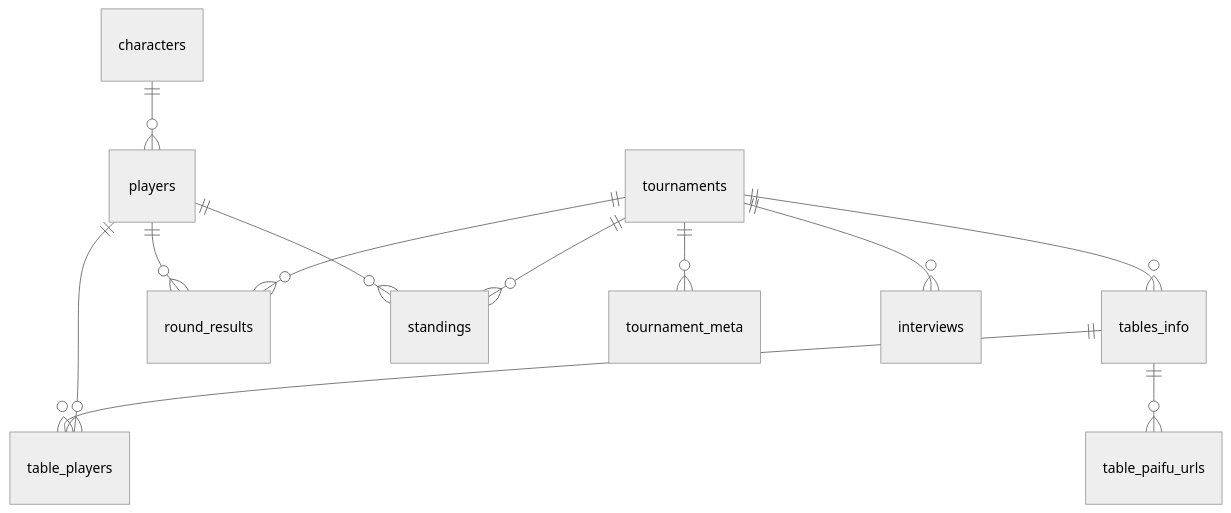
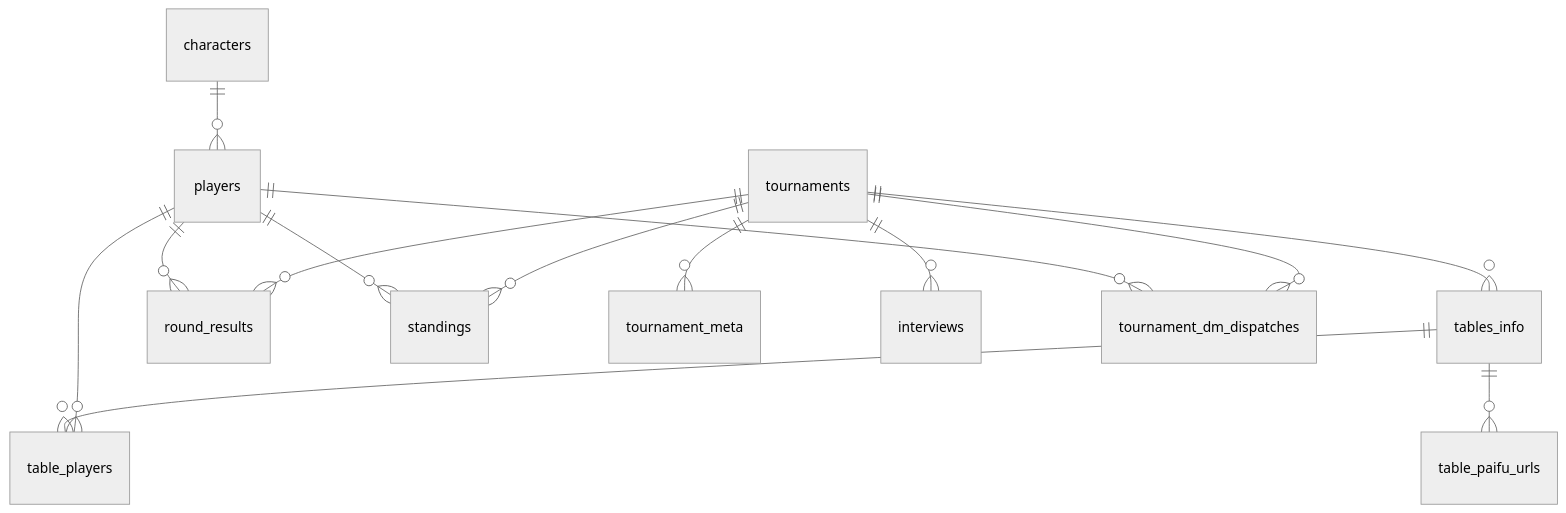
The diagram in docs/database.md (aokyun1031/jantama_records_dev), drawn with Mermaid (neutral theme) before and after one commit. The commit also changed other lines of this file and 4 other files, not shown here.

````diff
--- a/docs/database.md
+++ b/docs/database.md
@@ -25,14 +25,16 @@
 ```mermaid
 erDiagram
-    tournaments ||--o{ tables_info      : ""
-    tournaments ||--o{ round_results    : ""
-    tournaments ||--o{ standings        : ""
-    tournaments ||--o{ tournament_meta  : ""
-    tournaments ||--o{ interviews       : ""
-    players     ||--o{ round_results    : ""
-    players     ||--o{ standings        : ""
-    players     ||--o{ table_players    : ""
-    tables_info ||--o{ table_players    : ""
-    tables_info ||--o{ table_paifu_urls : ""
-    characters  ||--o{ players          : ""
+    tournaments ||--o{ tables_info               : ""
+    tournaments ||--o{ round_results             : ""
+    tournaments ||--o{ standings                 : ""
+    tournaments ||--o{ tournament_meta           : ""
+    tournaments ||--o{ interviews                : ""
+    tournaments ||--o{ tournament_dm_dispatches  : ""
+    players     ||--o{ round_results             : ""
+    players     ||--o{ standings                 : ""
+    players     ||--o{ table_players             : ""
+    players     ||--o{ tournament_dm_dispatches  : ""
+    tables_info ||--o{ table_players             : ""
+    tables_info ||--o{ table_paifu_urls          : ""
+    characters  ||--o{ players                   : ""
 ```
````
